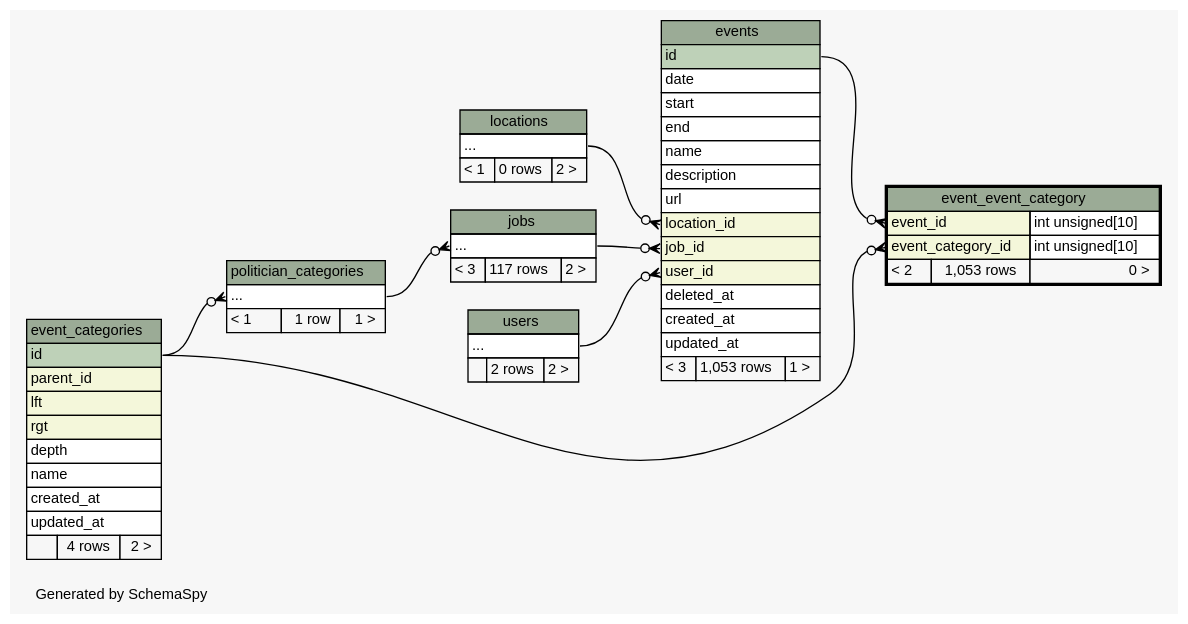
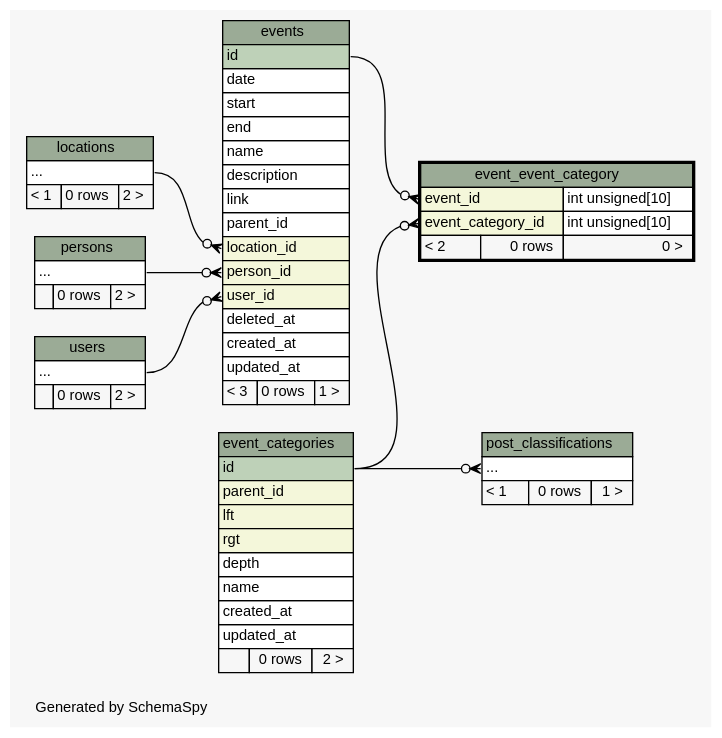
Before and after one commit to g0v/poli-radar-api: the diagram in docs/diagrams/event_event_category.2degrees.dot, drawn with Graphviz. The commit also changed 140 other files, not shown here.

```diff
--- a/docs/diagrams/event_event_category.2degrees.dot
+++ b/docs/diagrams/event_event_category.2degrees.dot
@@ -1,119 +1,119 @@
 // dot 2.28.0 on Windows 10 10.0
 // SchemaSpy rev 590
 digraph "twoDegreesRelationshipsDiagram" {
   graph [
     rankdir="RL"
     bgcolor="#f7f7f7"
     label="\nGenerated by SchemaSpy"
     labeljust="l"
     nodesep="0.18"
     ranksep="0.46"
     fontname="Helvetica"
     fontsize="11"
   ];
   node [
     fontname="Helvetica"
     fontsize="11"
     shape="plaintext"
   ];
   edge [
     arrowsize="0.8"
   ];
   "event_event_category":"event_category_id":w -> "event_categories":"id":e [arrowhead=none dir=back arrowtail=crowodot];
   "event_event_category":"event_id":w -> "events":"id":e [arrowhead=none dir=back arrowtail=crowodot];
-  "events":"job_id":w -> "jobs":"elipses":e [arrowhead=none dir=back arrowtail=crowodot];
   "events":"location_id":w -> "locations":"elipses":e [arrowhead=none dir=back arrowtail=crowodot];
+  "events":"person_id":w -> "persons":"elipses":e [arrowhead=none dir=back arrowtail=crowodot];
   "events":"user_id":w -> "users":"elipses":e [arrowhead=none dir=back arrowtail=crowodot];
-  "jobs":"elipses":w -> "politician_categories":"elipses":e [arrowhead=none dir=back arrowtail=crowodot];
-  "politician_categories":"elipses":w -> "event_categories":"id":e [arrowhead=none dir=back arrowtail=crowodot];
+  "post_classifications":"elipses":w -> "event_categories":"id":e [arrowhead=none dir=back arrowtail=crowodot];
   "event_categories" [
     label=<
     <TABLE BORDER="0" CELLBORDER="1" CELLSPACING="0" BGCOLOR="#ffffff">
       <TR><TD COLSPAN="3" BGCOLOR="#9bab96" ALIGN="CENTER">event_categories</TD></TR>
       <TR><TD PORT="id" COLSPAN="3" BGCOLOR="#bed1b8" ALIGN="LEFT">id</TD></TR>
       <TR><TD PORT="parent_id" COLSPAN="3" BGCOLOR="#f4f7da" ALIGN="LEFT">parent_id</TD></TR>
       <TR><TD PORT="lft" COLSPAN="3" BGCOLOR="#f4f7da" ALIGN="LEFT">lft</TD></TR>
       <TR><TD PORT="rgt" COLSPAN="3" BGCOLOR="#f4f7da" ALIGN="LEFT">rgt</TD></TR>
       <TR><TD PORT="depth" COLSPAN="3" ALIGN="LEFT">depth</TD></TR>
       <TR><TD PORT="name" COLSPAN="3" ALIGN="LEFT">name</TD></TR>
       <TR><TD PORT="created_at" COLSPAN="3" ALIGN="LEFT">created_at</TD></TR>
       <TR><TD PORT="updated_at" COLSPAN="3" ALIGN="LEFT">updated_at</TD></TR>
-      <TR><TD ALIGN="LEFT" BGCOLOR="#f7f7f7">  </TD><TD ALIGN="RIGHT" BGCOLOR="#f7f7f7">4 rows</TD><TD ALIGN="RIGHT" BGCOLOR="#f7f7f7">2 &gt;</TD></TR>
+      <TR><TD ALIGN="LEFT" BGCOLOR="#f7f7f7">  </TD><TD ALIGN="RIGHT" BGCOLOR="#f7f7f7">0 rows</TD><TD ALIGN="RIGHT" BGCOLOR="#f7f7f7">2 &gt;</TD></TR>
     </TABLE>>
     URL="event_categories.html"
     tooltip="event_categories"
   ];
   "event_event_category" [
     label=<
     <TABLE BORDER="2" CELLBORDER="1" CELLSPACING="0" BGCOLOR="#ffffff">
       <TR><TD COLSPAN="3" BGCOLOR="#9bab96" ALIGN="CENTER">event_event_category</TD></TR>
       <TR><TD PORT="event_id" COLSPAN="2" BGCOLOR="#f4f7da" ALIGN="LEFT">event_id</TD><TD PORT="event_id.type" ALIGN="LEFT">int unsigned[10]</TD></TR>
       <TR><TD PORT="event_category_id" COLSPAN="2" BGCOLOR="#f4f7da" ALIGN="LEFT">event_category_id</TD><TD PORT="event_category_id.type" ALIGN="LEFT">int unsigned[10]</TD></TR>
-      <TR><TD ALIGN="LEFT" BGCOLOR="#f7f7f7">&lt; 2</TD><TD ALIGN="RIGHT" BGCOLOR="#f7f7f7">1,053 rows</TD><TD ALIGN="RIGHT" BGCOLOR="#f7f7f7">0 &gt;</TD></TR>
+      <TR><TD ALIGN="LEFT" BGCOLOR="#f7f7f7">&lt; 2</TD><TD ALIGN="RIGHT" BGCOLOR="#f7f7f7">0 rows</TD><TD ALIGN="RIGHT" BGCOLOR="#f7f7f7">0 &gt;</TD></TR>
     </TABLE>>
     URL="event_event_category.html"
     tooltip="event_event_category"
   ];
   "events" [
     label=<
     <TABLE BORDER="0" CELLBORDER="1" CELLSPACING="0" BGCOLOR="#ffffff">
       <TR><TD COLSPAN="3" BGCOLOR="#9bab96" ALIGN="CENTER">events</TD></TR>
       <TR><TD PORT="id" COLSPAN="3" BGCOLOR="#bed1b8" ALIGN="LEFT">id</TD></TR>
       <TR><TD PORT="date" COLSPAN="3" ALIGN="LEFT">date</TD></TR>
       <TR><TD PORT="start" COLSPAN="3" ALIGN="LEFT">start</TD></TR>
       <TR><TD PORT="end" COLSPAN="3" ALIGN="LEFT">end</TD></TR>
       <TR><TD PORT="name" COLSPAN="3" ALIGN="LEFT">name</TD></TR>
       <TR><TD PORT="description" COLSPAN="3" ALIGN="LEFT">description</TD></TR>
-      <TR><TD PORT="url" COLSPAN="3" ALIGN="LEFT">url</TD></TR>
+      <TR><TD PORT="link" COLSPAN="3" ALIGN="LEFT">link</TD></TR>
+      <TR><TD PORT="parent_id" COLSPAN="3" ALIGN="LEFT">parent_id</TD></TR>
       <TR><TD PORT="location_id" COLSPAN="3" BGCOLOR="#f4f7da" ALIGN="LEFT">location_id</TD></TR>
-      <TR><TD PORT="job_id" COLSPAN="3" BGCOLOR="#f4f7da" ALIGN="LEFT">job_id</TD></TR>
+      <TR><TD PORT="person_id" COLSPAN="3" BGCOLOR="#f4f7da" ALIGN="LEFT">person_id</TD></TR>
       <TR><TD PORT="user_id" COLSPAN="3" BGCOLOR="#f4f7da" ALIGN="LEFT">user_id</TD></TR>
       <TR><TD PORT="deleted_at" COLSPAN="3" ALIGN="LEFT">deleted_at</TD></TR>
       <TR><TD PORT="created_at" COLSPAN="3" ALIGN="LEFT">created_at</TD></TR>
       <TR><TD PORT="updated_at" COLSPAN="3" ALIGN="LEFT">updated_at</TD></TR>
-      <TR><TD ALIGN="LEFT" BGCOLOR="#f7f7f7">&lt; 3</TD><TD ALIGN="RIGHT" BGCOLOR="#f7f7f7">1,053 rows</TD><TD ALIGN="RIGHT" BGCOLOR="#f7f7f7">1 &gt;</TD></TR>
+      <TR><TD ALIGN="LEFT" BGCOLOR="#f7f7f7">&lt; 3</TD><TD ALIGN="RIGHT" BGCOLOR="#f7f7f7">0 rows</TD><TD ALIGN="RIGHT" BGCOLOR="#f7f7f7">1 &gt;</TD></TR>
     </TABLE>>
     URL="events.html"
     tooltip="events"
-  ];
-  "jobs" [
-    label=<
-    <TABLE BORDER="0" CELLBORDER="1" CELLSPACING="0" BGCOLOR="#ffffff">
-      <TR><TD COLSPAN="3" BGCOLOR="#9bab96" ALIGN="CENTER">jobs</TD></TR>
-      <TR><TD PORT="elipses" COLSPAN="3" ALIGN="LEFT">...</TD></TR>
-      <TR><TD ALIGN="LEFT" BGCOLOR="#f7f7f7">&lt; 3</TD><TD ALIGN="RIGHT" BGCOLOR="#f7f7f7">117 rows</TD><TD ALIGN="RIGHT" BGCOLOR="#f7f7f7">2 &gt;</TD></TR>
-    </TABLE>>
-    URL="jobs.html"
-    tooltip="jobs"
   ];
   "locations" [
     label=<
     <TABLE BORDER="0" CELLBORDER="1" CELLSPACING="0" BGCOLOR="#ffffff">
       <TR><TD COLSPAN="3" BGCOLOR="#9bab96" ALIGN="CENTER">locations</TD></TR>
       <TR><TD PORT="elipses" COLSPAN="3" ALIGN="LEFT">...</TD></TR>
       <TR><TD ALIGN="LEFT" BGCOLOR="#f7f7f7">&lt; 1</TD><TD ALIGN="RIGHT" BGCOLOR="#f7f7f7">0 rows</TD><TD ALIGN="RIGHT" BGCOLOR="#f7f7f7">2 &gt;</TD></TR>
     </TABLE>>
     URL="locations.html"
     tooltip="locations"
   ];
-  "politician_categories" [
+  "persons" [
     label=<
     <TABLE BORDER="0" CELLBORDER="1" CELLSPACING="0" BGCOLOR="#ffffff">
-      <TR><TD COLSPAN="3" BGCOLOR="#9bab96" ALIGN="CENTER">politician_categories</TD></TR>
+      <TR><TD COLSPAN="3" BGCOLOR="#9bab96" ALIGN="CENTER">persons</TD></TR>
       <TR><TD PORT="elipses" COLSPAN="3" ALIGN="LEFT">...</TD></TR>
-      <TR><TD ALIGN="LEFT" BGCOLOR="#f7f7f7">&lt; 1</TD><TD ALIGN="RIGHT" BGCOLOR="#f7f7f7">1 row</TD><TD ALIGN="RIGHT" BGCOLOR="#f7f7f7">1 &gt;</TD></TR>
+      <TR><TD ALIGN="LEFT" BGCOLOR="#f7f7f7">  </TD><TD ALIGN="RIGHT" BGCOLOR="#f7f7f7">0 rows</TD><TD ALIGN="RIGHT" BGCOLOR="#f7f7f7">2 &gt;</TD></TR>
     </TABLE>>
-    URL="politician_categories.html"
-    tooltip="politician_categories"
+    URL="persons.html"
+    tooltip="persons"
+  ];
+  "post_classifications" [
+    label=<
+    <TABLE BORDER="0" CELLBORDER="1" CELLSPACING="0" BGCOLOR="#ffffff">
+      <TR><TD COLSPAN="3" BGCOLOR="#9bab96" ALIGN="CENTER">post_classifications</TD></TR>
+      <TR><TD PORT="elipses" COLSPAN="3" ALIGN="LEFT">...</TD></TR>
+      <TR><TD ALIGN="LEFT" BGCOLOR="#f7f7f7">&lt; 1</TD><TD ALIGN="RIGHT" BGCOLOR="#f7f7f7">0 rows</TD><TD ALIGN="RIGHT" BGCOLOR="#f7f7f7">1 &gt;</TD></TR>
+    </TABLE>>
+    URL="post_classifications.html"
+    tooltip="post_classifications"
   ];
   "users" [
     label=<
     <TABLE BORDER="0" CELLBORDER="1" CELLSPACING="0" BGCOLOR="#ffffff">
       <TR><TD COLSPAN="3" BGCOLOR="#9bab96" ALIGN="CENTER">users</TD></TR>
       <TR><TD PORT="elipses" COLSPAN="3" ALIGN="LEFT">...</TD></TR>
-      <TR><TD ALIGN="LEFT" BGCOLOR="#f7f7f7">  </TD><TD ALIGN="RIGHT" BGCOLOR="#f7f7f7">2 rows</TD><TD ALIGN="RIGHT" BGCOLOR="#f7f7f7">2 &gt;</TD></TR>
+      <TR><TD ALIGN="LEFT" BGCOLOR="#f7f7f7">  </TD><TD ALIGN="RIGHT" BGCOLOR="#f7f7f7">0 rows</TD><TD ALIGN="RIGHT" BGCOLOR="#f7f7f7">2 &gt;</TD></TR>
     </TABLE>>
     URL="users.html"
     tooltip="users"
   ];
 }
```
